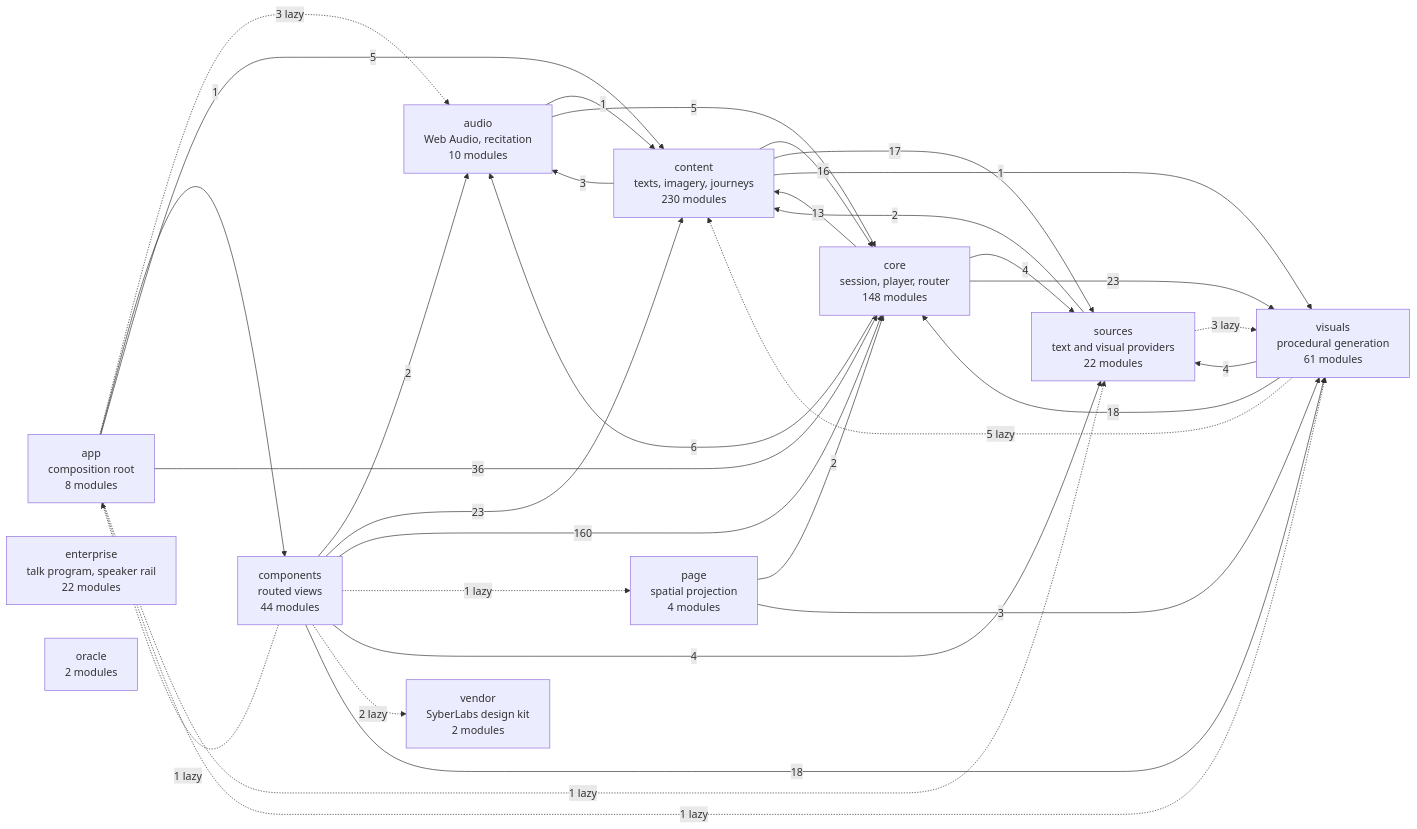
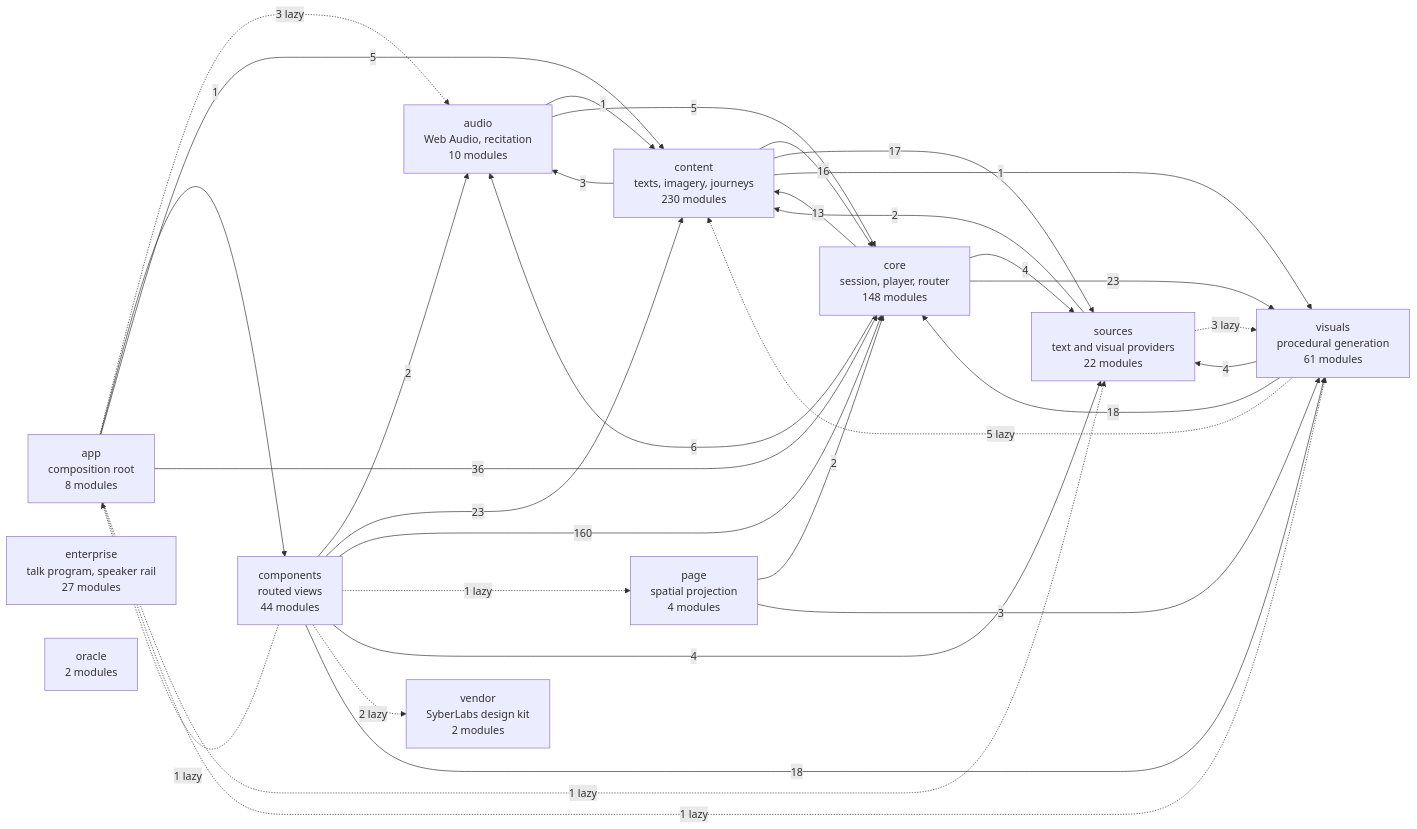
The diagram in docs/specs/ARCHITECTURE.md (SyberLabs/RISE), drawn with Mermaid before and after one commit.

Commit message:
Regenerate the architecture diagram for the on-device Kev modules
Claude-Session: https://claude.ai/code/session_01TvoCs8mHZ5tDuB4ynrpdzW

````diff
--- a/docs/specs/ARCHITECTURE.md
+++ b/docs/specs/ARCHITECTURE.md
@@ -160,46 +160,46 @@
 ```mermaid
 flowchart LR
     app["app<br/>composition root<br/>8 modules"]
     audio["audio<br/>Web Audio, recitation<br/>10 modules"]
     components["components<br/>routed views<br/>44 modules"]
     content["content<br/>texts, imagery, journeys<br/>230 modules"]
     core["core<br/>session, player, router<br/>148 modules"]
-    enterprise["enterprise<br/>talk program, speaker rail<br/>22 modules"]
+    enterprise["enterprise<br/>talk program, speaker rail<br/>27 modules"]
     oracle["oracle<br/>2 modules"]
     page["page<br/>spatial projection<br/>4 modules"]
     sources["sources<br/>text and visual providers<br/>22 modules"]
     vendor["vendor<br/>SyberLabs design kit<br/>2 modules"]
     visuals["visuals<br/>procedural generation<br/>61 modules"]
 
     app -.-> |3 lazy| audio
     app --> |1| components
     app --> |5| content
     app --> |36| core
     app -.-> |1 lazy| sources
     app -.-> |1 lazy| visuals
     audio --> |1| content
     audio --> |5| core
     components -.-> |1 lazy| app
     components --> |2| audio
     components --> |23| content
     components --> |160| core
     components -.-> |1 lazy| page
     components --> |4| sources
     components -.-> |2 lazy| vendor
     components --> |18| visuals
     content --> |3| audio
     content --> |16| core
     content --> |17| sources
     content --> |1| visuals
     core --> |6| audio
     core --> |13| content
     core --> |4| sources
     core --> |23| visuals
     page --> |2| core
     page --> |3| visuals
     sources --> |2| content
     sources -.-> |3 lazy| visuals
     visuals -.-> |5 lazy| content
     visuals --> |18| core
     visuals --> |4| sources
 ```
````
